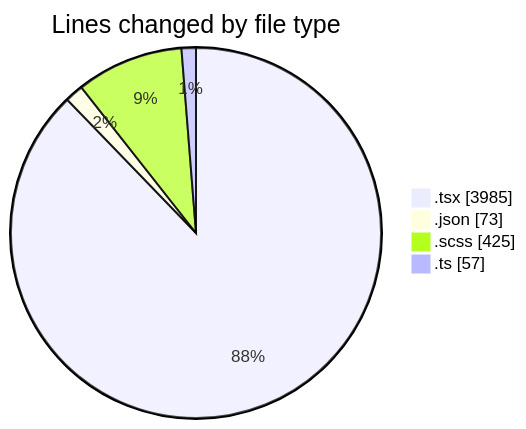
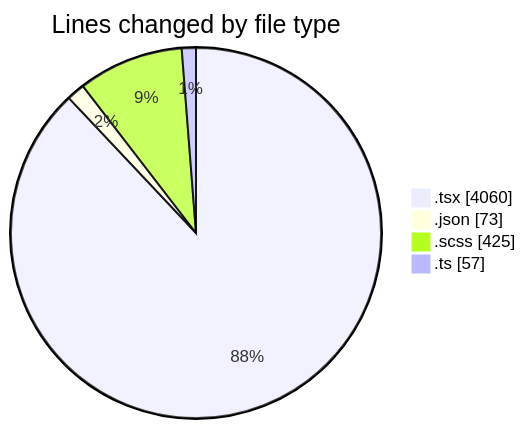
The first of 2 diagrams in 2025-10-02/cda/README.md (momahboobian/code-tracking), drawn with Mermaid before and after one commit. The commit also changed other lines of this file and 1 other file, not shown here.

````diff
--- a/2025-10-02/cda/README.md
+++ b/2025-10-02/cda/README.md
@@ -29,8 +29,8 @@
 ```mermaid
 pie showData
 title Lines changed by file type
-".tsx" : 3985
+".tsx" : 4060
 ".json" : 73
 ".scss" : 425
 ".ts" : 57
 ```
````
